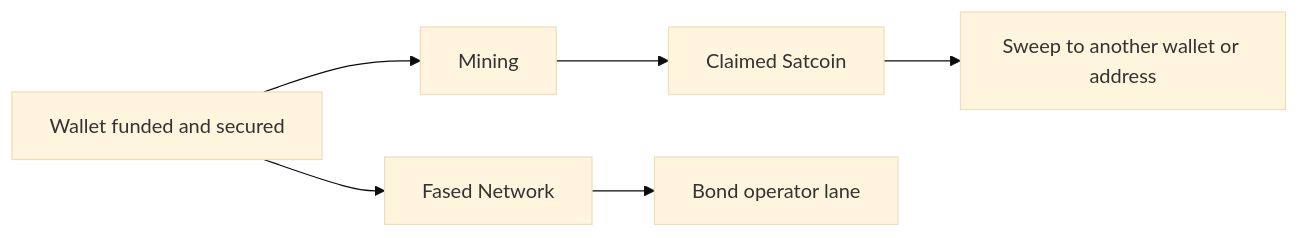
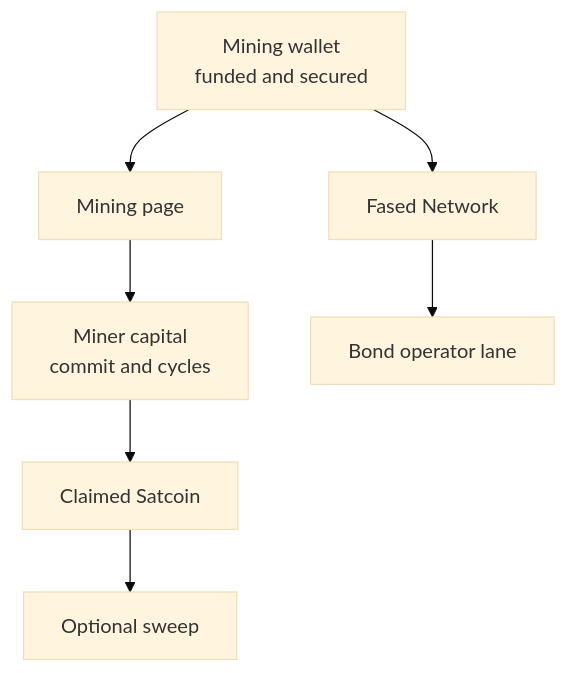
One commit to fased-ai/fased changed the diagram in docs/plugins/crypto/mining-page.md. Above: the diagram before and after it, drawn with Mermaid (base theme). The commit also changed other lines of this file and 264 other files, not shown here.

````diff
--- a/docs/plugins/crypto/mining-page.md
+++ b/docs/plugins/crypto/mining-page.md
@@ -86,8 +87,9 @@
 ```mermaid
-flowchart LR
-    Wallet[Wallet funded and secured] --> Mining[Mining]
-    Mining --> Claim[Claimed Satcoin]
-    Claim --> Sweep[Sweep to another wallet or address]
-    Wallet --> Network[Fased Network]
-    Network --> Bond[Bond operator lane]
+flowchart TD
+    Wallet["Mining wallet<br/>funded and secured"] --> Mining["Mining page"]
+    Mining --> Capital["Miner capital<br/>commit and cycles"]
+    Capital --> Claim["Claimed Satcoin"]
+    Claim --> Sweep["Optional sweep"]
+    Wallet --> Network["Fased Network"]
+    Network --> Bond["Bond operator lane"]
 ```
````
